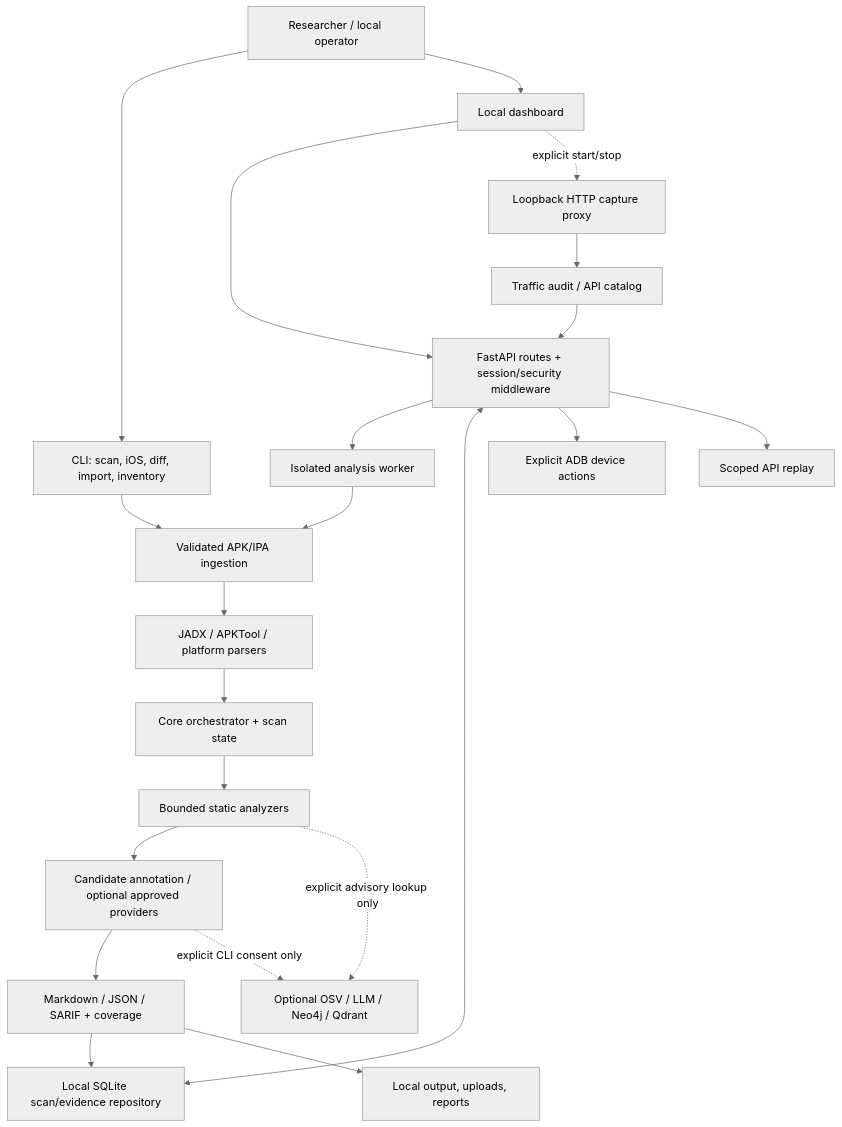
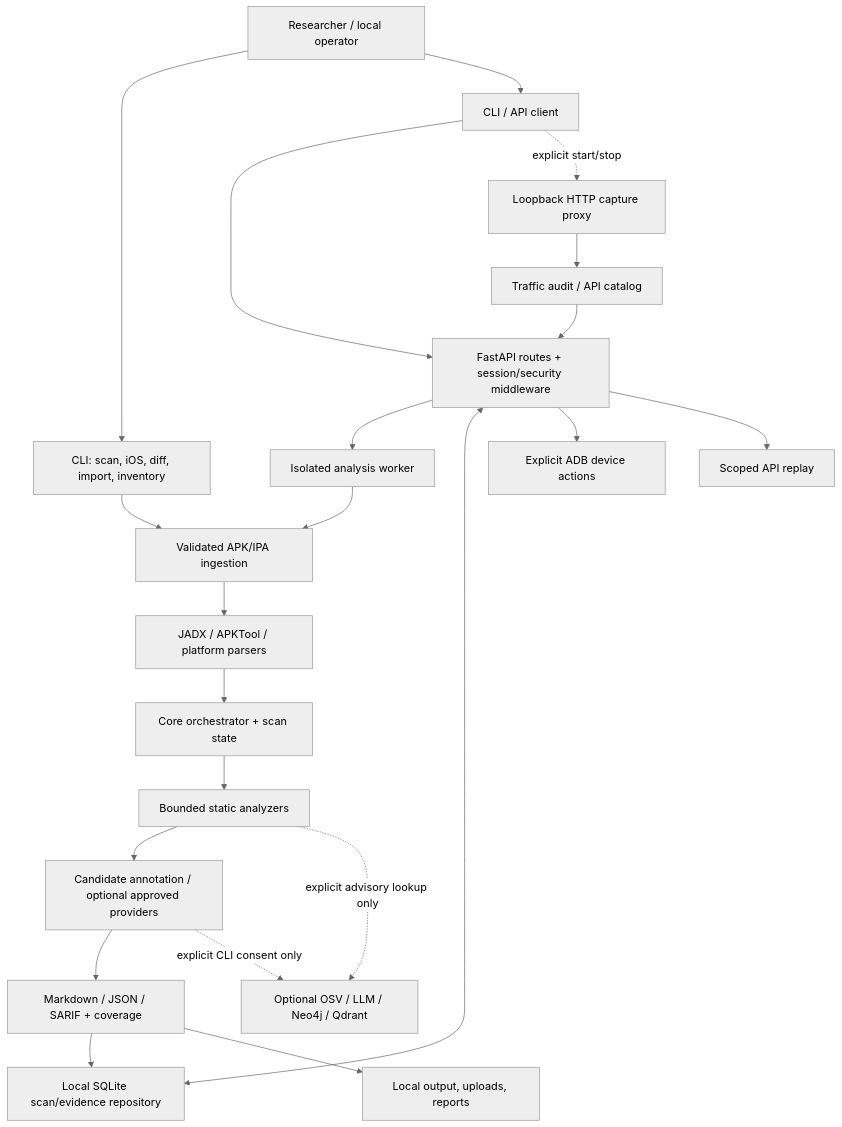
Before and after one commit to shambhu332/Mobile_Ag: the first of 2 diagrams in README.md, drawn with Mermaid (neutral theme). The commit also changed other lines of this file and 159 other files, not shown here.

````diff
--- a/README.md
+++ b/README.md
@@ -43,36 +43,36 @@
 ```mermaid
 flowchart TB
   OP[Researcher / local operator]
   CLI[CLI: scan, iOS, diff, import, inventory]
-  UI[Local dashboard]
+  CLIENT[CLI / API client]
   API[FastAPI routes + session/security middleware]
   JOB[Isolated analysis worker]
   ING[Validated APK/IPA ingestion]
   DEC[JADX / APKTool / platform parsers]
   ORCH[Core orchestrator + scan state]
   STATIC[Bounded static analyzers]
   REVIEW[Candidate annotation / optional approved providers]
   REPORT[Markdown / JSON / SARIF + coverage]
   REPO[Local SQLite scan/evidence repository]
   DEVICE[Explicit ADB device actions]
   REPLAY[Scoped API replay]
   PROXY[Loopback HTTP capture proxy]
   AUDIT[Traffic audit / API catalog]
   OUT[Local output, uploads, reports]
   EXT[Optional OSV / LLM / Neo4j / Qdrant]
 
   OP --> CLI
-  OP --> UI
-  UI --> API
+  OP --> CLIENT
+  CLIENT --> API
   CLI --> ING
   API --> JOB
   JOB --> ING --> DEC --> ORCH --> STATIC --> REVIEW --> REPORT
   API <--> REPO
   REPORT --> REPO
   REPORT --> OUT
   API --> DEVICE
   API --> REPLAY
-  UI -. explicit start/stop .-> PROXY --> AUDIT --> API
+  CLIENT -. explicit start/stop .-> PROXY --> AUDIT --> API
   REVIEW -. explicit CLI consent only .-> EXT
   STATIC -. explicit advisory lookup only .-> EXT
 ```
````
